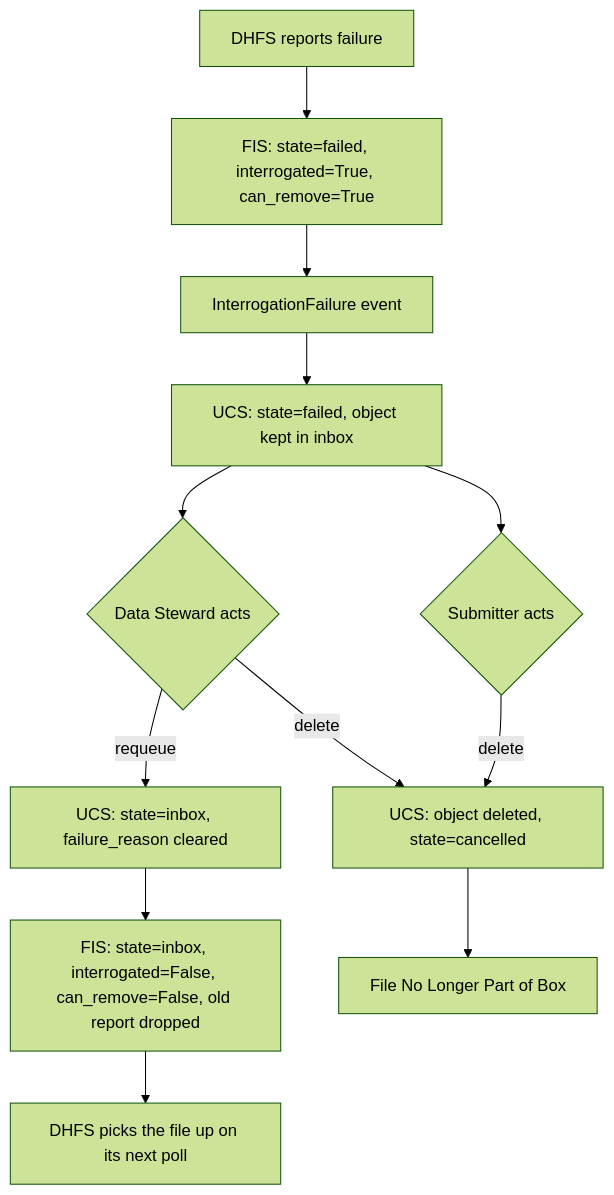
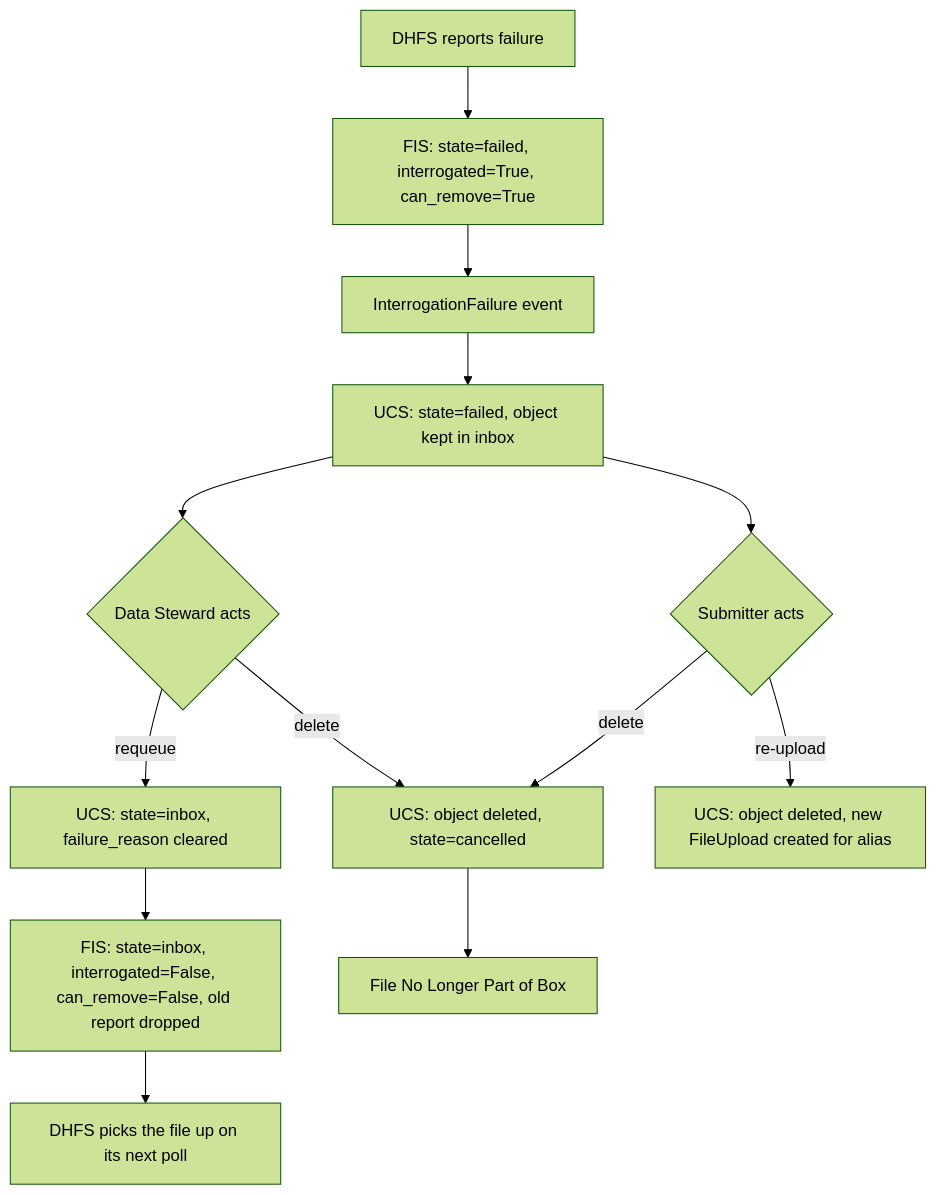
One commit to ghga-de/ghga changed the second of 2 diagrams in docs/epics/92-shovelnose-guitarfish/technical_specification.md. Above: the diagram before and after it, drawn with Mermaid (forest theme).

Commit message:
Add re-upload path to mermaid diagram

````diff
--- a/docs/epics/92-shovelnose-guitarfish/technical_specification.md
+++ b/docs/epics/92-shovelnose-guitarfish/technical_specification.md
@@ -94,14 +94,15 @@
 ```mermaid
 flowchart TD
     A[DHFS reports failure] --> B[FIS: state=failed, interrogated=True, can_remove=True]
     B --> C[InterrogationFailure event]
     C --> D[UCS: state=failed, object kept in inbox]
     D --> E{Data Steward acts}
     D --> F{Submitter acts}
     E -->|requeue| H[UCS: state=inbox, failure_reason cleared]
     E -->|delete| G[UCS: object deleted, state=cancelled]
     F -->|delete| G[UCS: object deleted, state=cancelled]
+    F -->|re-upload| X[UCS: object deleted, new FileUpload created for alias]
     H --> I[FIS: state=inbox, interrogated=False, can_remove=False, old report dropped]
     I --> J[DHFS picks the file up on its next poll]
     G --> K[File No Longer Part of Box]
 ```
````
